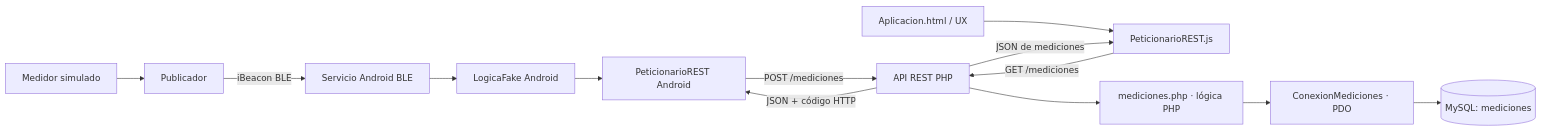
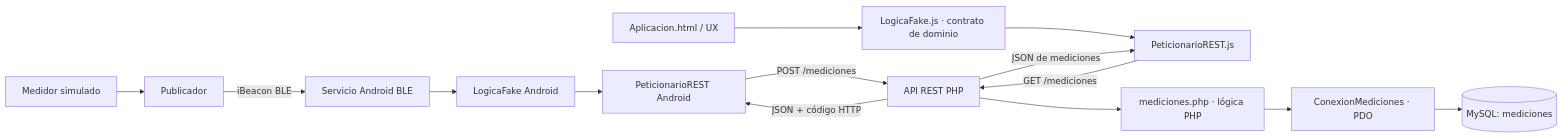
Before and after one commit to Lucia310506/ProyectoAplicacionesdeBiometriayMedioAmbiente: the diagram in doc/system_design.md, drawn with Mermaid. The commit also changed 15 other files, not shown here.

````diff
--- a/doc/system_design.md
+++ b/doc/system_design.md
@@ -16,15 +16,16 @@
 ```mermaid
 flowchart LR
   MED[Medidor simulado] --> PUB[Publicador]
   PUB -->|iBeacon BLE| SCAN[Servicio Android BLE]
   SCAN --> LOGA[LogicaFake Android]
   LOGA --> RESTA[PeticionarioREST Android]
   RESTA -->|POST /mediciones| API[API REST PHP]
-  WEB[Aplicacion.html / UX] --> CLIENT[PeticionarioREST.js]
+  WEB[Aplicacion.html / UX] --> FRONTLOGIC[LogicaFake.js · contrato de dominio]
+  FRONTLOGIC --> CLIENT[PeticionarioREST.js]
   CLIENT -->|GET /mediciones| API
   API --> LOG[mediciones.php · lógica PHP]
   LOG --> DBAD[ConexionMediciones · PDO]
   DBAD --> DB[(MySQL: mediciones)]
   API -->|JSON + código HTTP| RESTA
   API -->|JSON de mediciones| CLIENT
 ```
````
